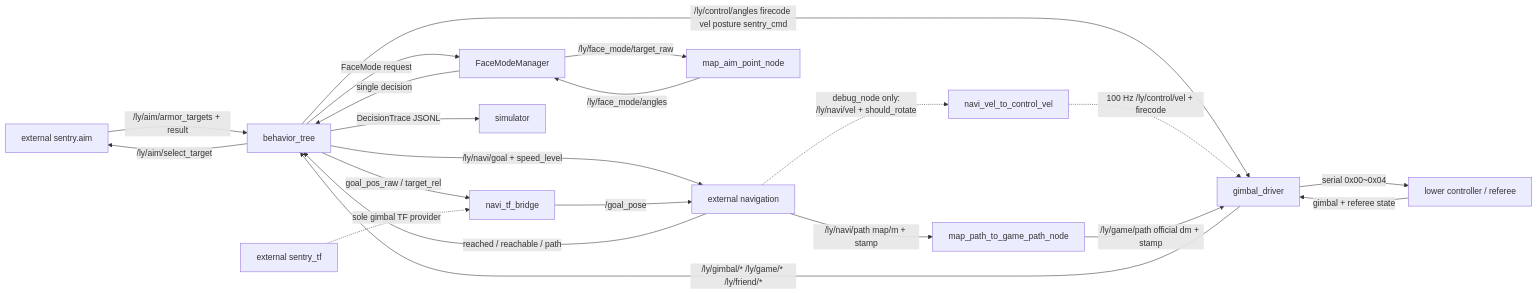
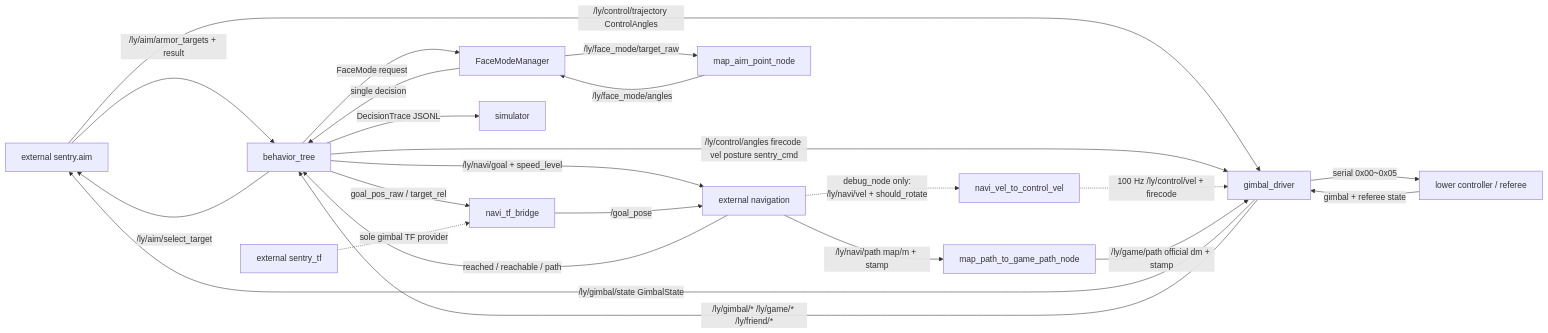
The diagram in .understand-anything/project-knowledge-graph.md (UnWanHin/ros2_ly_ws_sentary), drawn with Mermaid before and after one commit. The commit also changed other lines of this file and 19 other files, not shown here.

````diff
--- a/.understand-anything/project-knowledge-graph.md
+++ b/.understand-anything/project-knowledge-graph.md
@@ -19,25 +19,27 @@
 ```mermaid
 flowchart LR
   AIM[external sentry.aim] -->|/ly/aim/armor_targets + result| BT[behavior_tree]
+  AIM -->|/ly/control/trajectory ControlAngles| GD[gimbal_driver]
   BT -->|/ly/aim/select_target| AIM
   BT -->|/ly/control/angles firecode vel posture sentry_cmd| GD[gimbal_driver]
-  GD -->|serial 0x00~0x04| LOWER[lower controller / referee]
+  GD -->|/ly/gimbal/state GimbalState| AIM
+  GD -->|serial 0x00~0x05| LOWER[lower controller / referee]
   LOWER -->|gimbal + referee state| GD
   GD -->|/ly/gimbal/* /ly/game/* /ly/friend/*| BT
 
   BT -->|/ly/navi/goal + speed_level| NAV
   BT -->|goal_pos_raw / target_rel| BRIDGE[navi_tf_bridge]
   BT -->|FaceMode request| FACE[FaceModeManager]
   FACE -->|/ly/face_mode/target_raw| FACE_SOLVER[map_aim_point_node]
   FACE_SOLVER -->|/ly/face_mode/angles| FACE
   FACE -->|single decision| BT
   BRIDGE -->|/goal_pose| NAV[external navigation]
   NAV -->|reached / reachable / path| BT
   NAV -.debug_node only:\n/ly/navi/vel + should_rotate.-> DEBUG_VEL[navi_vel_to_control_vel]
   DEBUG_VEL -.100 Hz /ly/control/vel + firecode.-> GD
   NAV -->|/ly/navi/path map/m + stamp| PATH[map_path_to_game_path_node]
   PATH -->|/ly/game/path official dm + stamp| GD
 
   TF[external sentry_tf] -.sole gimbal TF provider.-> BRIDGE
   BT -->|DecisionTrace JSONL| SIM[simulator]
 ```
````
